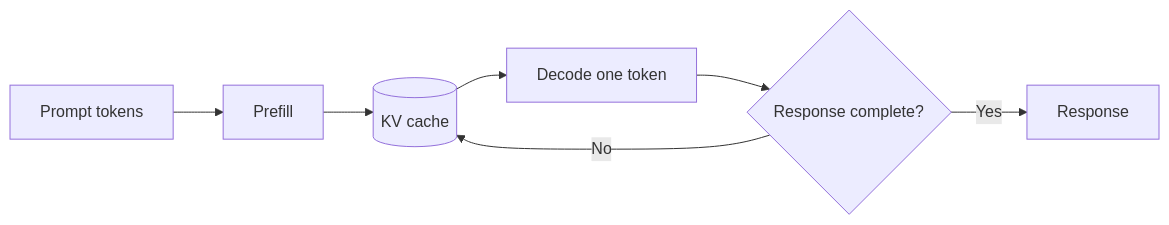
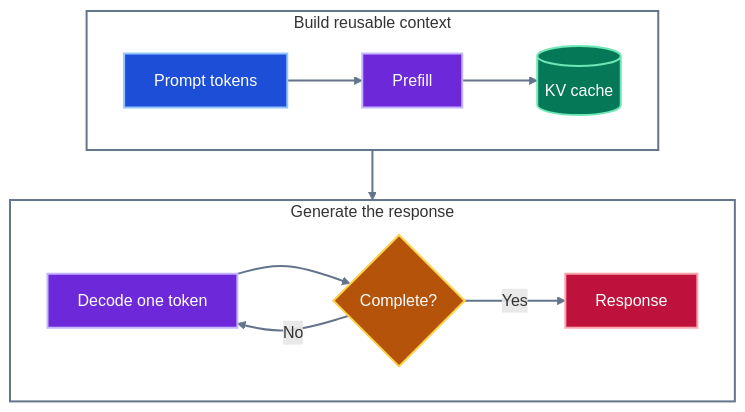
The diagram in posts/understanding-llm-inference-bottlenecks/README.md (LucianCrainic/blogs), drawn with Mermaid before and after one commit. The commit also changed other lines of this file, not shown here.

Commit message:
feat: improve rich blog format demo

````diff
--- a/posts/understanding-llm-inference-bottlenecks/README.md
+++ b/posts/understanding-llm-inference-bottlenecks/README.md
@@ -133,11 +134,30 @@
 ```mermaid
-flowchart LR
+flowchart TB
   accTitle: LLM inference phases and the KV cache
   accDescr: A prompt enters prefill, writes reusable state to the KV cache, and decode repeatedly reads the cache until the response is complete.
-  Prompt[Prompt tokens] --> Prefill[Prefill]
-  Prefill --> Cache[(KV cache)]
-  Cache --> Decode[Decode one token]
-  Decode --> Decision{Response complete?}
-  Decision -->|No| Cache
-  Decision -->|Yes| Response[Response]
+  subgraph Context[Build reusable context]
+    direction LR
+    Prompt[Prompt tokens] --> Prefill[Prefill] --> Cache[(KV cache)]
+  end
+  subgraph Generation[Generate the response]
+    direction LR
+    Decode[Decode one token] --> Decision{Complete?}
+    Decision -->|No| Decode
+    Decision -->|Yes| Response[Response]
+  end
+  Cache --> Decode
+
+  classDef input fill:#1d4ed8,stroke:#93c5fd,color:#ffffff,stroke-width:2px;
+  classDef compute fill:#6d28d9,stroke:#c4b5fd,color:#ffffff,stroke-width:2px;
+  classDef memory fill:#047857,stroke:#6ee7b7,color:#ffffff,stroke-width:2px;
+  classDef decision fill:#b45309,stroke:#fcd34d,color:#ffffff,stroke-width:2px;
+  classDef output fill:#be123c,stroke:#fda4af,color:#ffffff,stroke-width:2px;
+  class Prompt input;
+  class Prefill,Decode compute;
+  class Cache memory;
+  class Decision decision;
+  class Response output;
+  style Context fill:transparent,stroke:#64748b,stroke-width:2px;
+  style Generation fill:transparent,stroke:#64748b,stroke-width:2px;
+  linkStyle default stroke:#64748b,stroke-width:2px;
 ```
````
